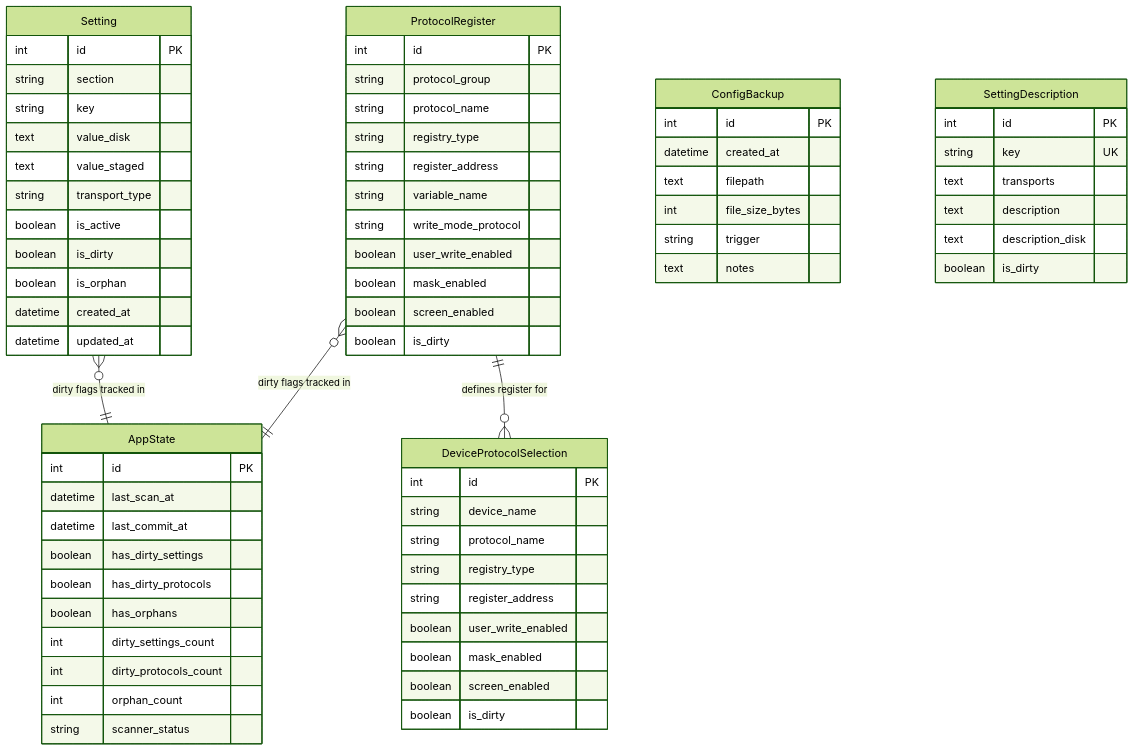
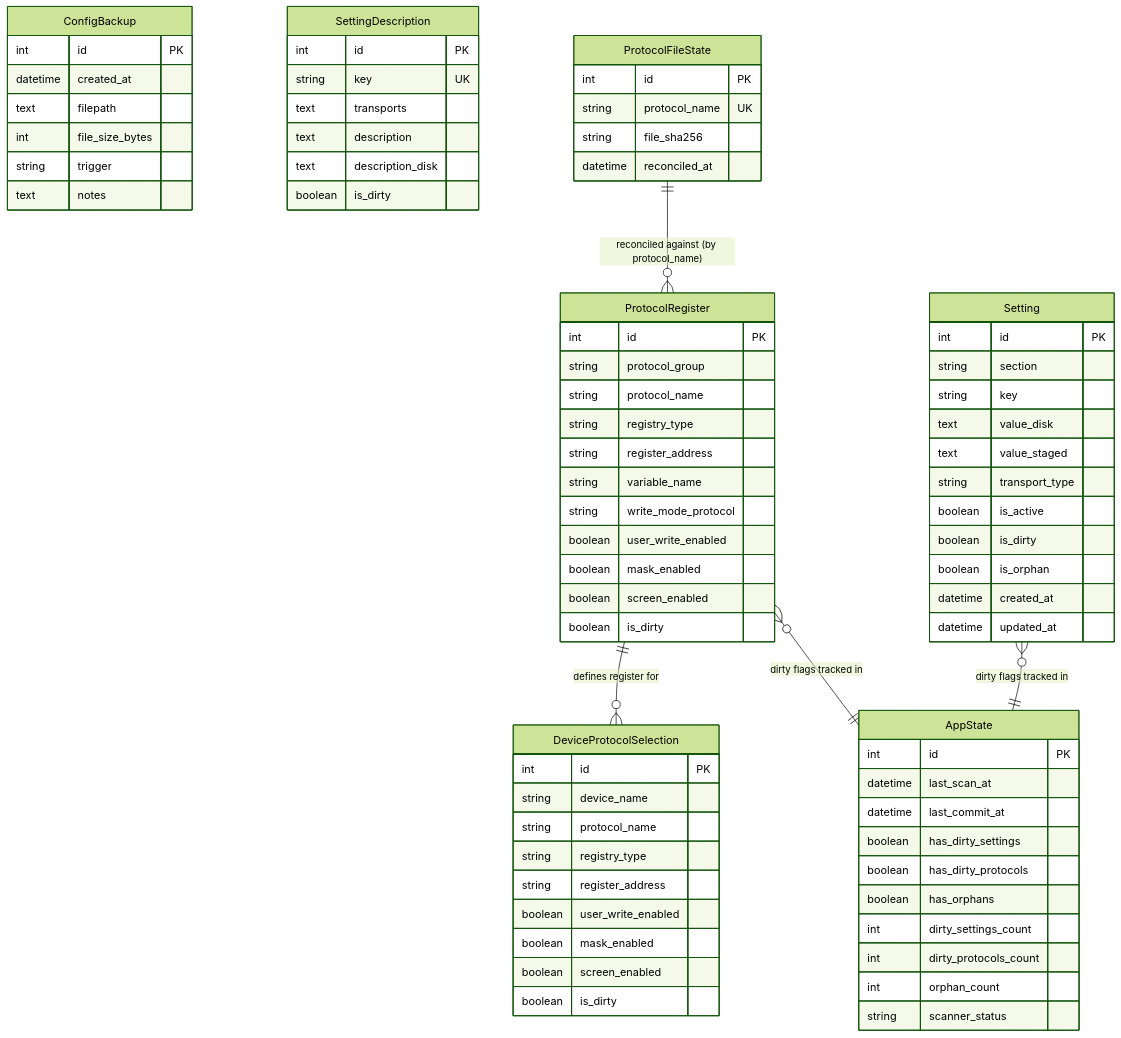
One commit to BuxtonCalvin/MultiProtocolGateway changed the fifth of 21 diagrams in documentation/architecture/mermaid-diagrams.md. Above: the diagram before and after it, drawn with Mermaid (forest theme). The commit also changed other lines of this file and 19 other files, not shown here.

```diff
--- a/documentation/architecture/mermaid-diagrams.md
+++ b/documentation/architecture/mermaid-diagrams.md
@@ -462,6 +462,14 @@
         boolean is_dirty
     }
 
+    ProtocolFileState {
+        int id PK
+        string protocol_name UK
+        string file_sha256
+        datetime reconciled_at
+    }
+
+    ProtocolFileState ||--o{ ProtocolRegister : "reconciled against (by protocol_name)"
     ProtocolRegister ||--o{ DeviceProtocolSelection : "defines register for"
     Setting }o--|| AppState : "dirty flags tracked in"
     ProtocolRegister }o--|| AppState : "dirty flags tracked in"
```
